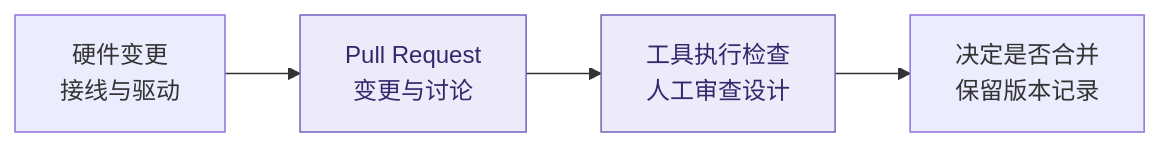
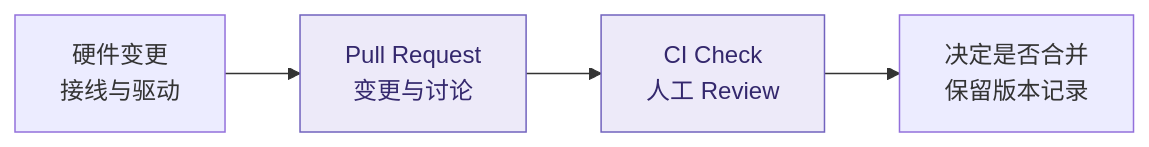
Before and after one commit to pao-1024/pao: the diagram in presentation/pr-review.mmd, drawn with Mermaid. The commit also changed 1 other file, not shown here.

Commit message:
docs(repo): 明确 CI Check 与人工 Review

```diff
--- a/presentation/pr-review.mmd
+++ b/presentation/pr-review.mmd
@@ -1,6 +1,6 @@
 flowchart LR
   change["硬件变更<br/>接线与驱动"] --> pr["Pull Request<br/>变更与讨论"]
-  pr --> review["工具执行检查<br/>人工审查设计"]
+  pr --> review["CI Check<br/>人工 Review"]
   review --> history["决定是否合并<br/>保留版本记录"]
   classDef focus fill:#edeaf9,stroke:#7263be,color:#34286d
   class pr,review focus
```
